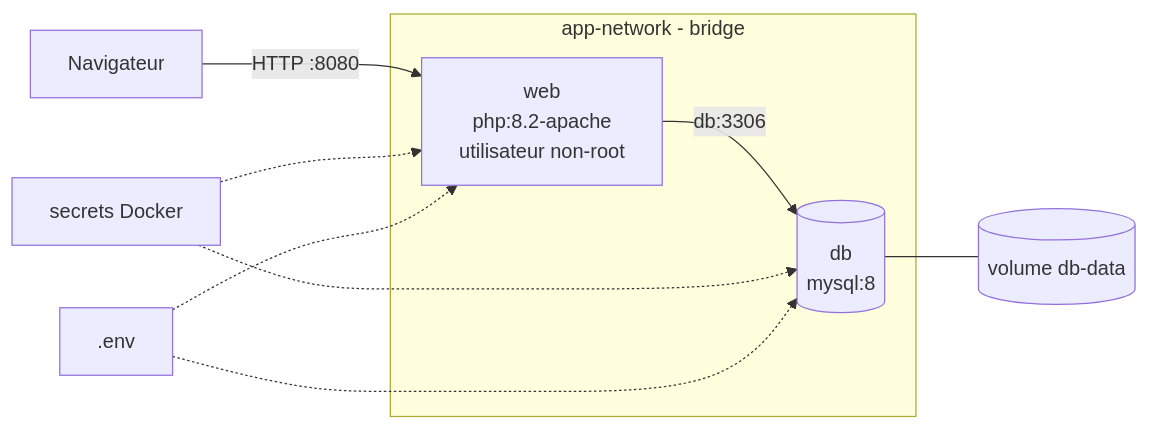
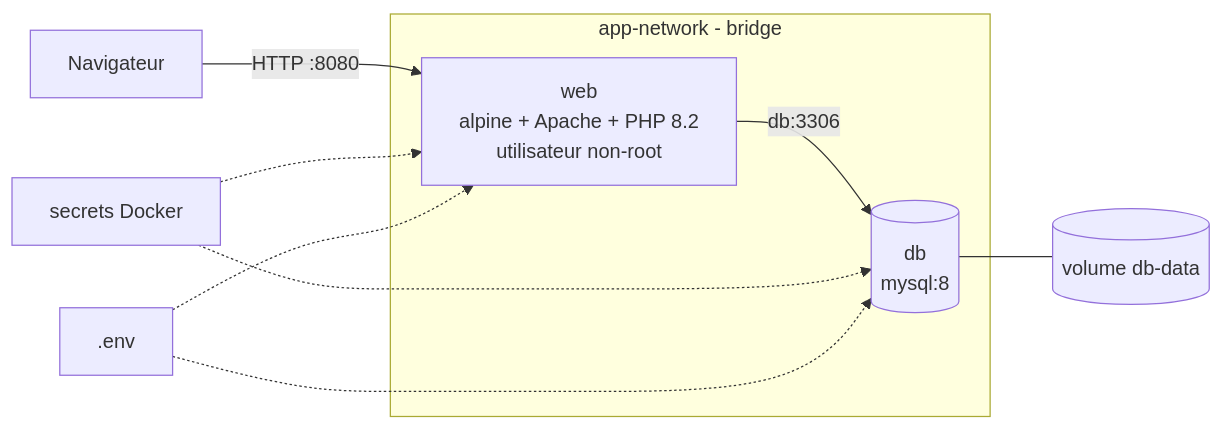
The diagram in docs/architecture.md (lorisnve/projet-final-docker), drawn with Mermaid before and after one commit. The commit also changed other lines of this file and 3 other files, not shown here.

Commit message:
perf(web): passage sur alpine (710 Mo -> 47 Mo), .dockerignore en liste blanche

````diff
--- a/docs/architecture.md
+++ b/docs/architecture.md
@@ -102,14 +127,14 @@
 ```mermaid
 flowchart LR
     U[Navigateur] -->|HTTP :8080| W
     subgraph N[app-network - bridge]
-        W[web<br/>php:8.2-apache<br/>utilisateur non-root]
+        W[web<br/>alpine + Apache + PHP 8.2<br/>utilisateur non-root]
         D[(db<br/>mysql:8)]
         W -->|db:3306| D
     end
     D --- V[(volume db-data)]
     S[secrets Docker] -.-> W
     S -.-> D
     E[.env] -.-> W
     E -.-> D
 ```
````
